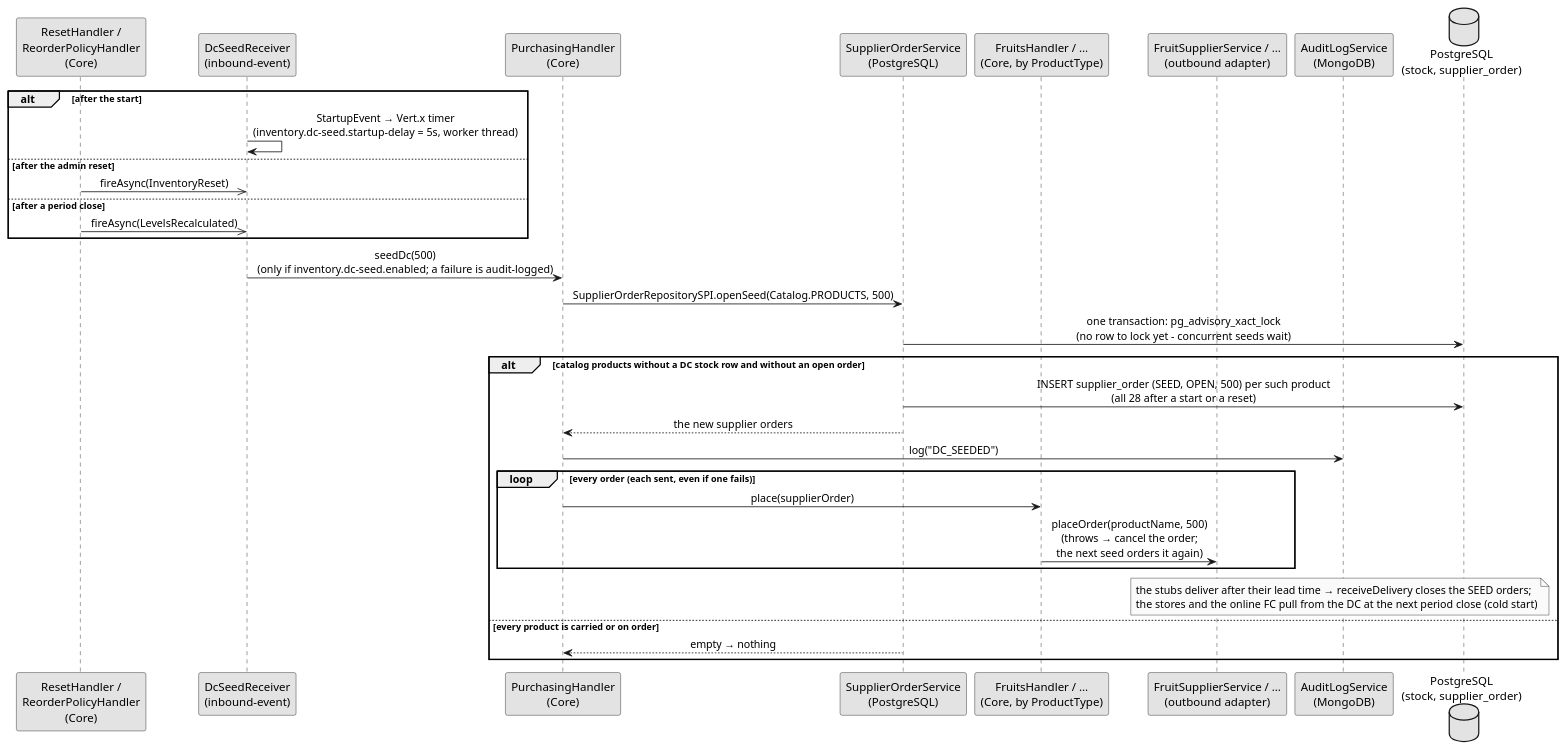
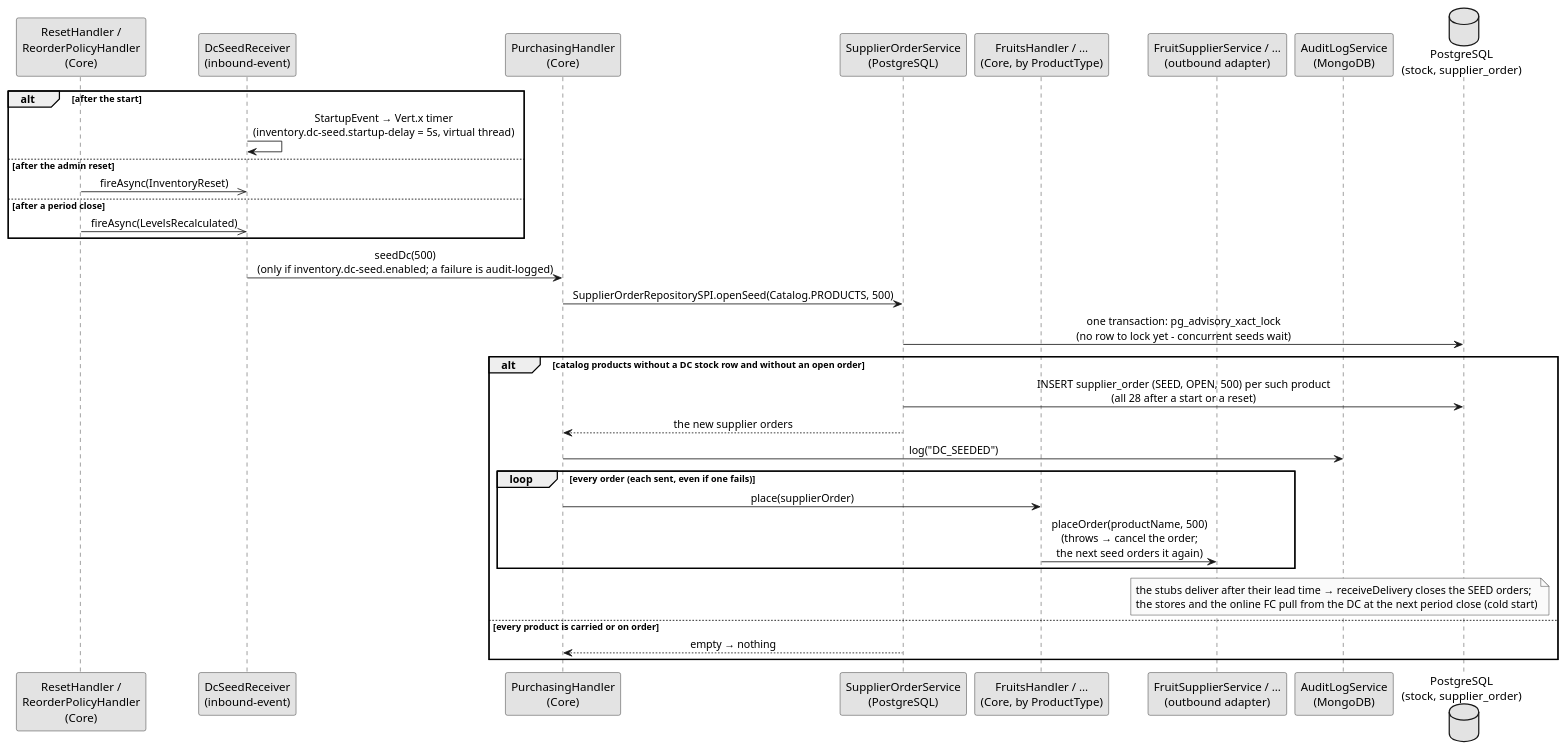
Before and after one commit to svene/2026-07-26_quarkus-hexagon-demo-mm-per-tech: the diagram in docs/architecture/flows/dc-seed.puml, drawn with PlantUML. The commit also changed 60 other files, not shown here.

```diff
--- a/docs/architecture/flows/dc-seed.puml
+++ b/docs/architecture/flows/dc-seed.puml
@@ -1,38 +1,38 @@
 @startuml dc_seed
 skinparam monochrome true
 skinparam sequenceMessageAlign center
 skinparam backgroundColor #ffffff
 
 participant "ResetHandler /\nReorderPolicyHandler\n(Core)" as source
 participant "DcSeedReceiver\n(inbound-event)" as receiver
 participant "PurchasingHandler\n(Core)" as purchasing
 participant "SupplierOrderService\n(PostgreSQL)" as service
 participant "FruitsHandler / …\n(Core, by ProductType)" as commodity
 participant "FruitSupplierService / …\n(outbound adapter)" as supplier
 participant "AuditLogService\n(MongoDB)" as audit
 database "PostgreSQL\n(stock, supplier_order)" as db
 
 alt after the start
-  receiver -> receiver: StartupEvent → Vert.x timer\n(inventory.dc-seed.startup-delay = 5s, worker thread)
+  receiver -> receiver: StartupEvent → Vert.x timer\n(inventory.dc-seed.startup-delay = 5s, virtual thread)
 else after the admin reset
   source ->> receiver: fireAsync(InventoryReset)
 else after a period close
   source ->> receiver: fireAsync(LevelsRecalculated)
 end
 receiver -> purchasing: seedDc(500)\n(only if inventory.dc-seed.enabled; a failure is audit-logged)
 purchasing -> service: SupplierOrderRepositorySPI.openSeed(Catalog.PRODUCTS, 500)
 service -> db: one transaction: pg_advisory_xact_lock\n(no row to lock yet - concurrent seeds wait)
 alt catalog products without a DC stock row and without an open order
   service -> db: INSERT supplier_order (SEED, OPEN, 500) per such product\n(all 28 after a start or a reset)
   service --> purchasing: the new supplier orders
   purchasing -> audit: log("DC_SEEDED")
   loop every order (each sent, even if one fails)
     purchasing -> commodity: place(supplierOrder)
     commodity -> supplier: placeOrder(productName, 500)\n(throws → cancel the order;\nthe next seed orders it again)
   end
   note over supplier, db: the stubs deliver after their lead time → receiveDelivery closes the SEED orders;\nthe stores and the online FC pull from the DC at the next period close (cold start)
 else every product is carried or on order
   service --> purchasing: empty → nothing
 end
 
 @enduml
```
